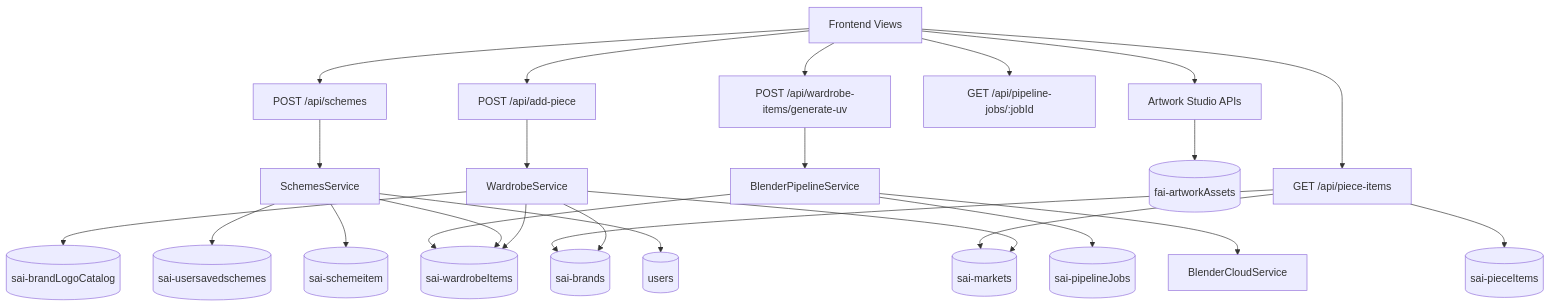
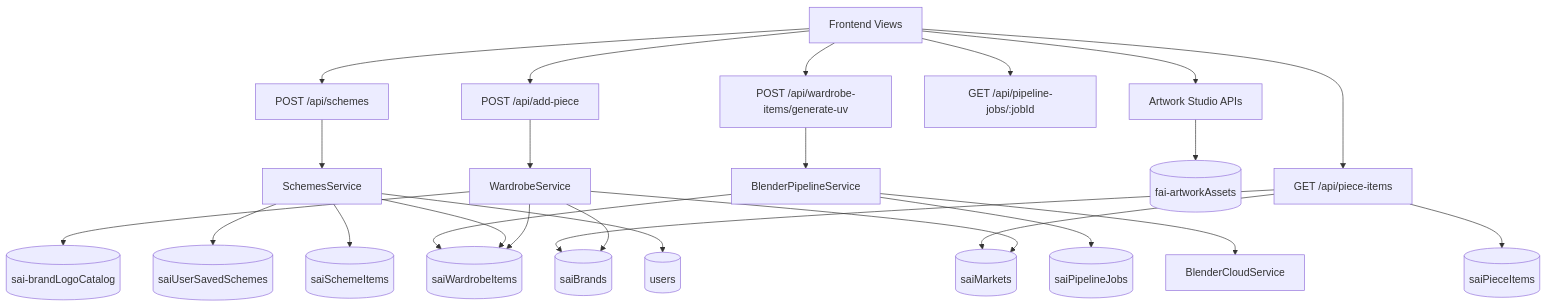
One commit to MatheusHaliski/SAI-TCC-2026 changed the first of 4 diagrams in docs/project-collections-api-workflow.md. Above: the diagram before and after it, drawn with Mermaid. The commit also changed other lines of this file and 52 other files, not shown here.

````diff
--- a/docs/project-collections-api-workflow.md
+++ b/docs/project-collections-api-workflow.md
@@ -216,32 +216,32 @@
 ```mermaid
 flowchart TD
   UI[Frontend Views] --> ADD[POST /api/add-piece]
   UI --> SCH[POST /api/schemes]
   UI --> UV[POST /api/wardrobe-items/generate-uv]
   UI --> PJ[GET /api/pipeline-jobs/:jobId]
 
   ADD --> WS[WardrobeService]
-  WS --> WR[(sai-wardrobeItems)]
-  WS --> BR[(sai-brands)]
+  WS --> WR[(saiWardrobeItems)]
+  WS --> BR[(saiBrands)]
   WS --> BLC[(sai-brandLogoCatalog)]
-  WS --> MC[(sai-markets)]
+  WS --> MC[(saiMarkets)]
 
   SCH --> SS[SchemesService]
-  SS --> SC[(sai-usersavedschemes)]
-  SS --> SI[(sai-schemeitem)]
+  SS --> SC[(saiUserSavedSchemes)]
+  SS --> SI[(saiSchemeItems)]
   SS --> WR
   SS --> US[(users)]
 
   UV --> BPS[BlenderPipelineService]
-  BPS --> PJC[(sai-pipelineJobs)]
+  BPS --> PJC[(saiPipelineJobs)]
   BPS --> BCS[BlenderCloudService]
   BPS --> WR
 
   UI --> ART[Artwork Studio APIs]
   ART --> AR[(fai-artworkAssets)]
 
   UI --> PI[GET /api/piece-items]
-  PI --> PIC[(sai-pieceItems)]
+  PI --> PIC[(saiPieceItems)]
   PI --> BR
   PI --> MC
 ```
````
